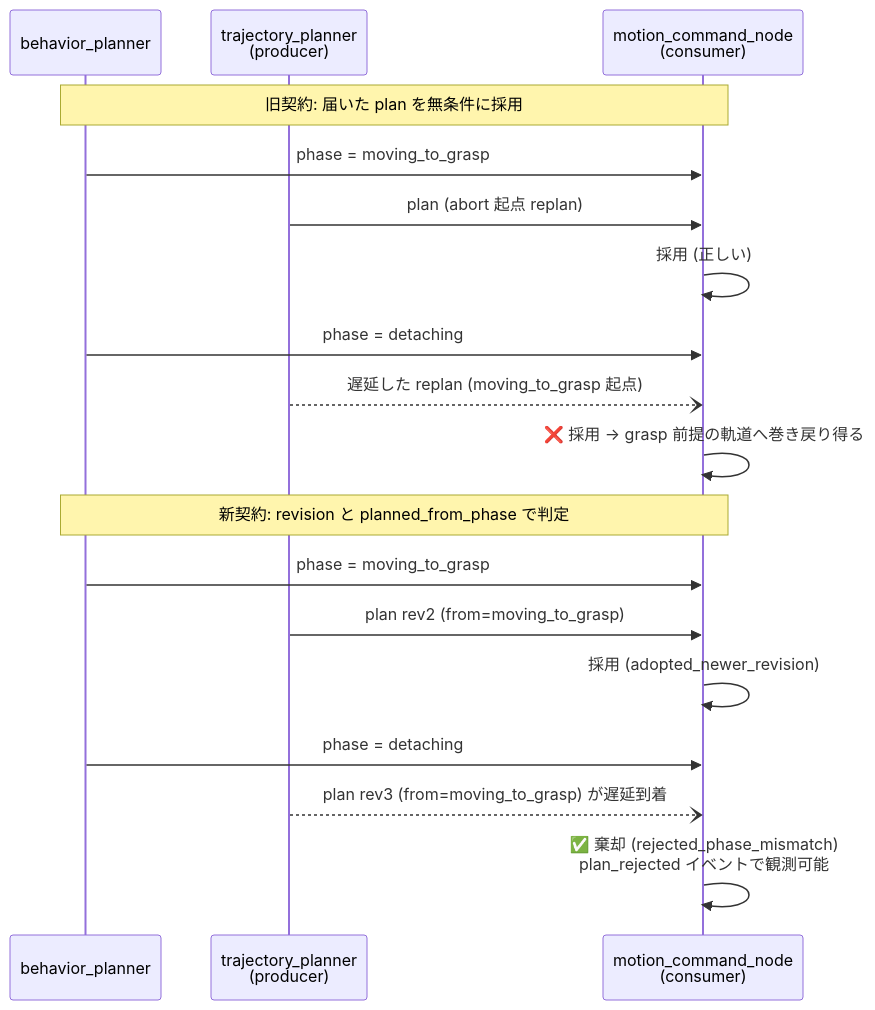
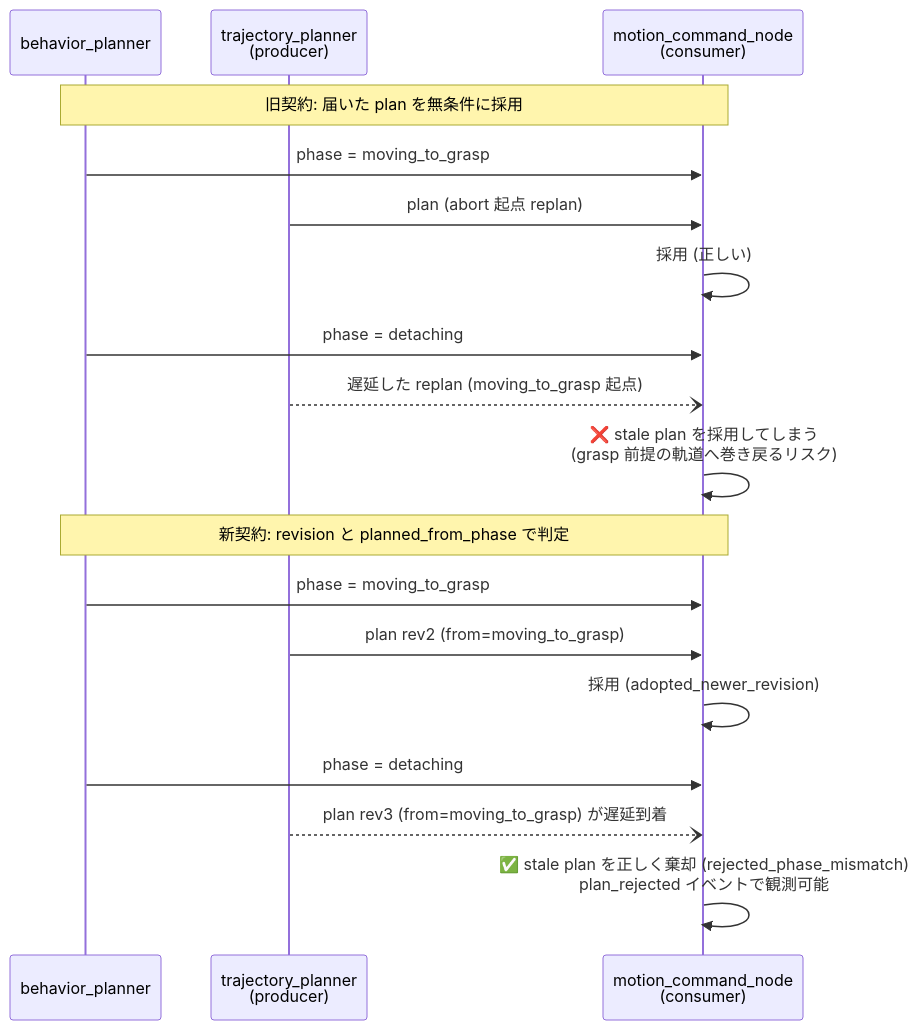
The second of 2 diagrams in docs/reports/moveit_replanning/step1_plan_contract_report.md (akodama428/trial_issac_sim), drawn with Mermaid before and after one commit.

Commit message:
シーケンス図の❌/✅を挙動評価だと分かる表現へ修正
「❌ 採用」「✅ 棄却」が操作の成否と誤読されるため、
stale plan を採用してしまう/正しく棄却と明記した。

````diff
--- a/docs/reports/moveit_replanning/step1_plan_contract_report.md
+++ b/docs/reports/moveit_replanning/step1_plan_contract_report.md
@@ -184,22 +184,22 @@
 ```mermaid
 sequenceDiagram
     participant BP as behavior_planner
     participant TP as trajectory_planner<br/>(producer)
     participant MC as motion_command_node<br/>(consumer)
 
     Note over BP,MC: 旧契約: 届いた plan を無条件に採用
     BP->>MC: phase = moving_to_grasp
     TP->>MC: plan (abort 起点 replan)
     MC->>MC: 採用 (正しい)
     BP->>MC: phase = detaching
     TP--)MC: 遅延した replan (moving_to_grasp 起点)
-    MC->>MC: ❌ 採用 → grasp 前提の軌道へ巻き戻り得る
+    MC->>MC: ❌ stale plan を採用してしまう<br/>(grasp 前提の軌道へ巻き戻るリスク)
 
     Note over BP,MC: 新契約: revision と planned_from_phase で判定
     BP->>MC: phase = moving_to_grasp
     TP->>MC: plan rev2 (from=moving_to_grasp)
     MC->>MC: 採用 (adopted_newer_revision)
     BP->>MC: phase = detaching
     TP--)MC: plan rev3 (from=moving_to_grasp) が遅延到着
-    MC->>MC: ✅ 棄却 (rejected_phase_mismatch)<br/>plan_rejected イベントで観測可能
+    MC->>MC: ✅ stale plan を正しく棄却 (rejected_phase_mismatch)<br/>plan_rejected イベントで観測可能
 ```
````
